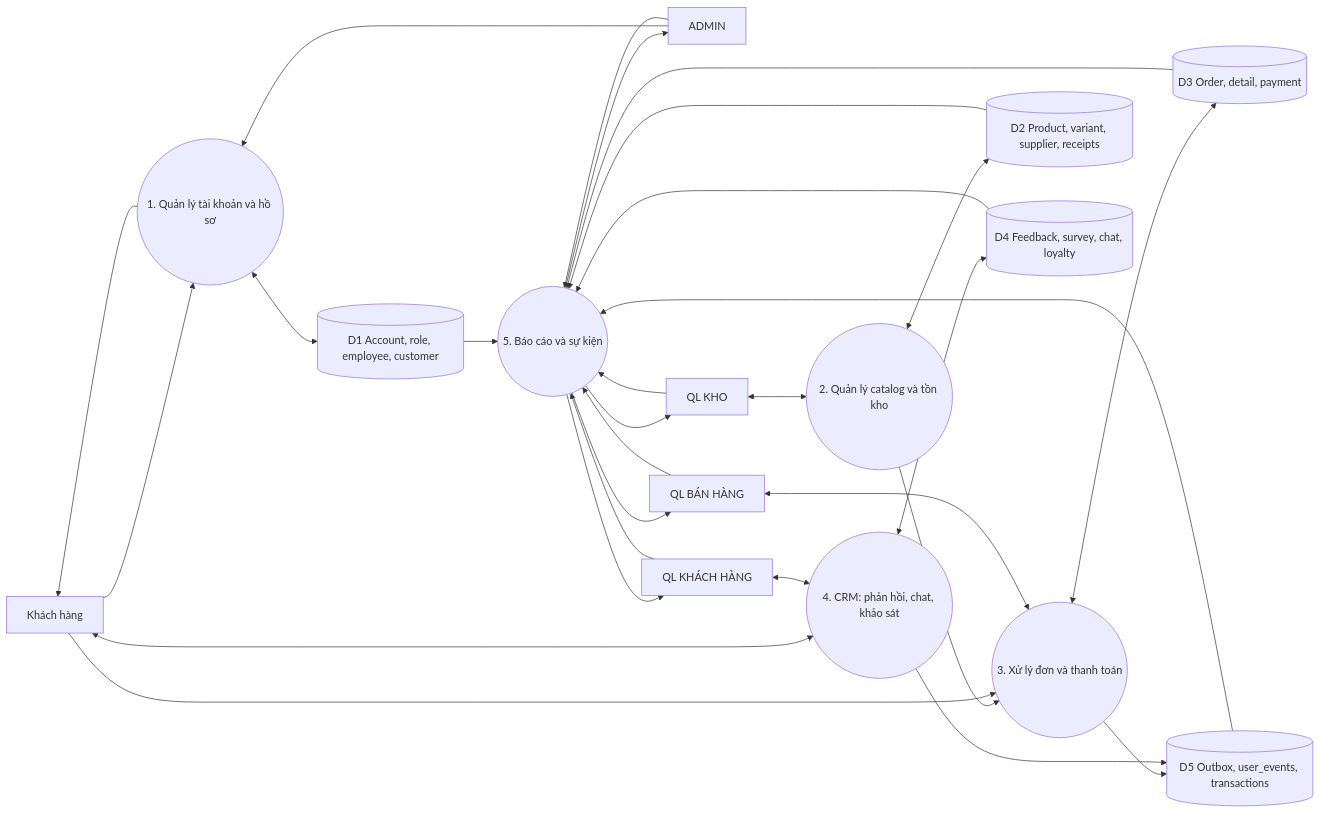
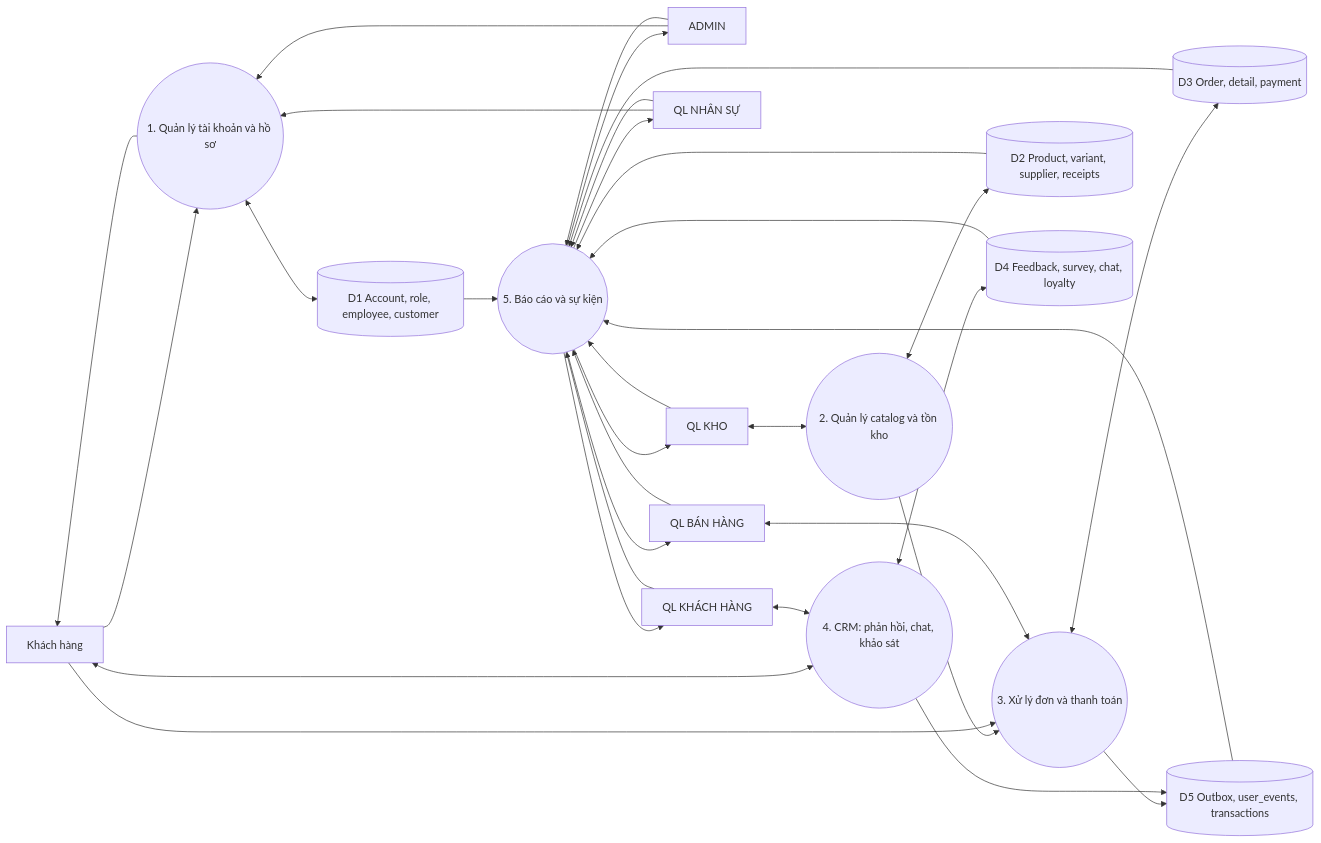
Before and after one commit to Tai015/hungfashion-crm: the diagram in docs/report/diagrams/03-dfd-muc-0.mmd, drawn with Mermaid. The commit also changed 29 other files, not shown here.

```diff
--- a/docs/report/diagrams/03-dfd-muc-0.mmd
+++ b/docs/report/diagrams/03-dfd-muc-0.mmd
@@ -1,44 +1,48 @@
 flowchart LR
     Customer[Khách hàng]
     Admin[ADMIN]
     CRM[QL KHÁCH HÀNG]
+    HR[QL NHÂN SỰ]
     Sales[QL BÁN HÀNG]
     Warehouse[QL KHO]
     P1((1. Quản lý tài khoản và hồ sơ))
     P2((2. Quản lý catalog và tồn kho))
     P3((3. Xử lý đơn và thanh toán))
     P4((4. CRM: phản hồi, chat, khảo sát))
     P5((5. Báo cáo và sự kiện))
     D1[(D1 Account, role, employee, customer)]
     D2[(D2 Product, variant, supplier, receipts)]
     D3[(D3 Order, detail, payment)]
     D4[(D4 Feedback, survey, chat, loyalty)]
     D5[(D5 Outbox, user_events, transactions)]
     Customer --> P1
     P1 <--> D1
     P1 --> Customer
     Warehouse <--> P2
     P2 <--> D2
     P2 --> P3
     Customer --> P3
     Sales <--> P3
     P3 <--> D3
     P3 --> D5
     Customer <--> P4
     CRM <--> P4
     P4 <--> D4
     P4 --> D5
     Admin --> P1
     Admin --> P5
     Sales --> P5
     Warehouse --> P5
     CRM --> P5
+    HR --> P1
+    HR --> P5
     D1 --> P5
     D2 --> P5
     D3 --> P5
     D4 --> P5
     D5 --> P5
     P5 --> Admin
     P5 --> Sales
     P5 --> Warehouse
     P5 --> CRM
+    P5 --> HR
```
